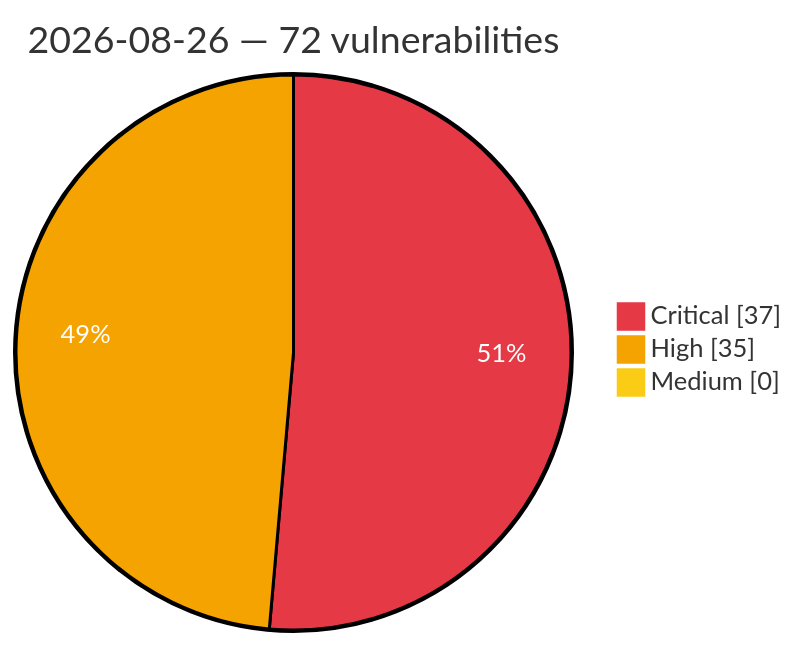
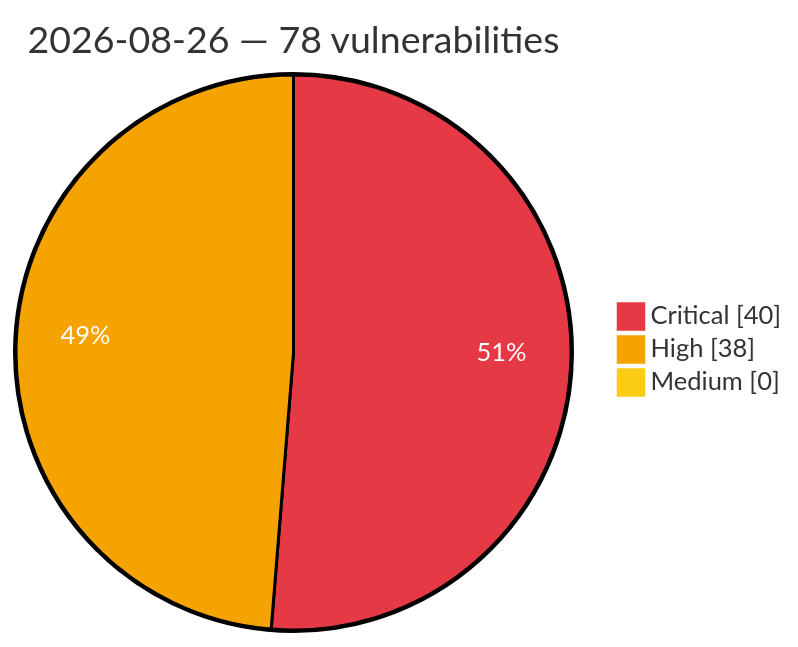
Before and after one commit to GhostX0X/vuln-tracker: the diagram in vulnerabilities/2026/August/2026-08-26.md, drawn with Mermaid. The commit also changed other lines of this file and 5 other files, not shown here.

Commit message:
Auto update: critical/high vulns (2026-08-26 21:45 UTC)

````diff
--- a/vulnerabilities/2026/August/2026-08-26.md
+++ b/vulnerabilities/2026/August/2026-08-26.md
@@ -3,8 +3,8 @@
 ```mermaid
 %%{init: {'theme':'base', 'themeVariables': {'pie1':'#e63946', 'pie2':'#f4a300', 'pie3':'#facc15', 'pieOpacity':'1', 'pieOuterStrokeWidth':'2px', 'pieSectionTextColor':'#ffffff'}}}%%
 pie showData
-    title 2026-08-26 — 72 vulnerabilities
-    "Critical" : 37
-    "High" : 35
+    title 2026-08-26 — 78 vulnerabilities
+    "Critical" : 40
+    "High" : 38
     "Medium" : 0
 ```
````
